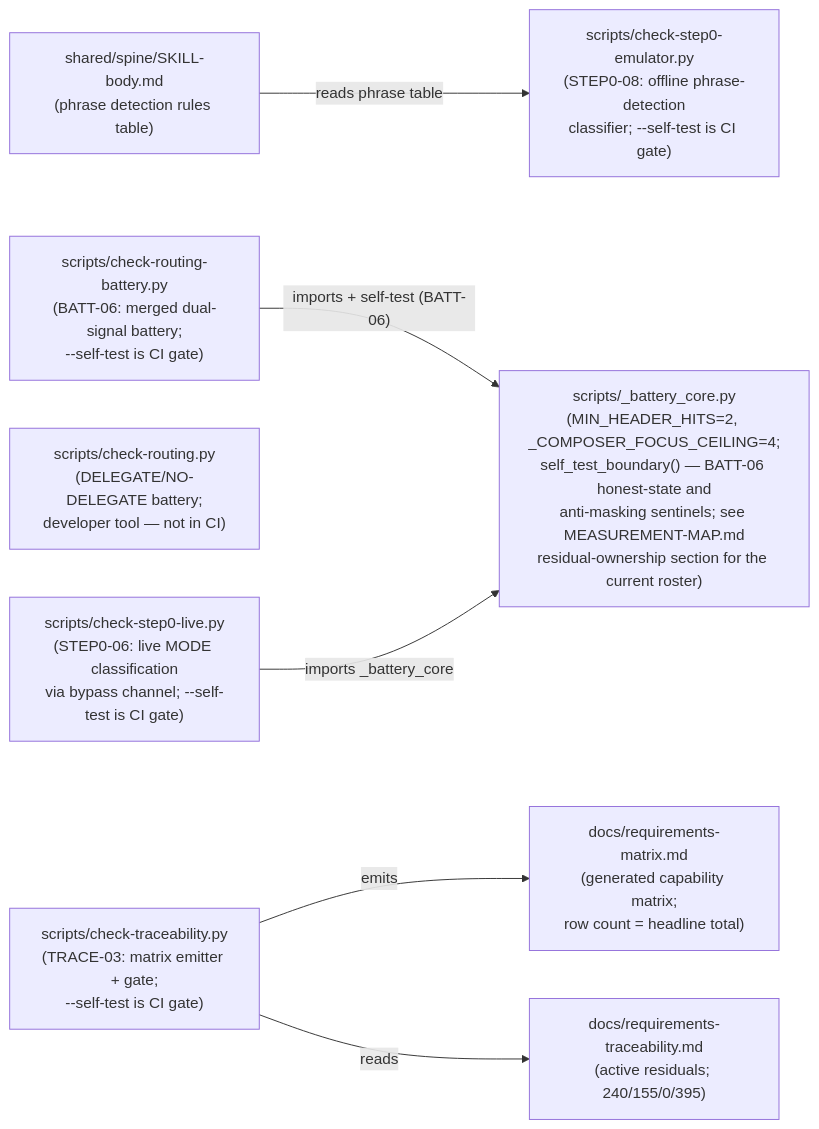
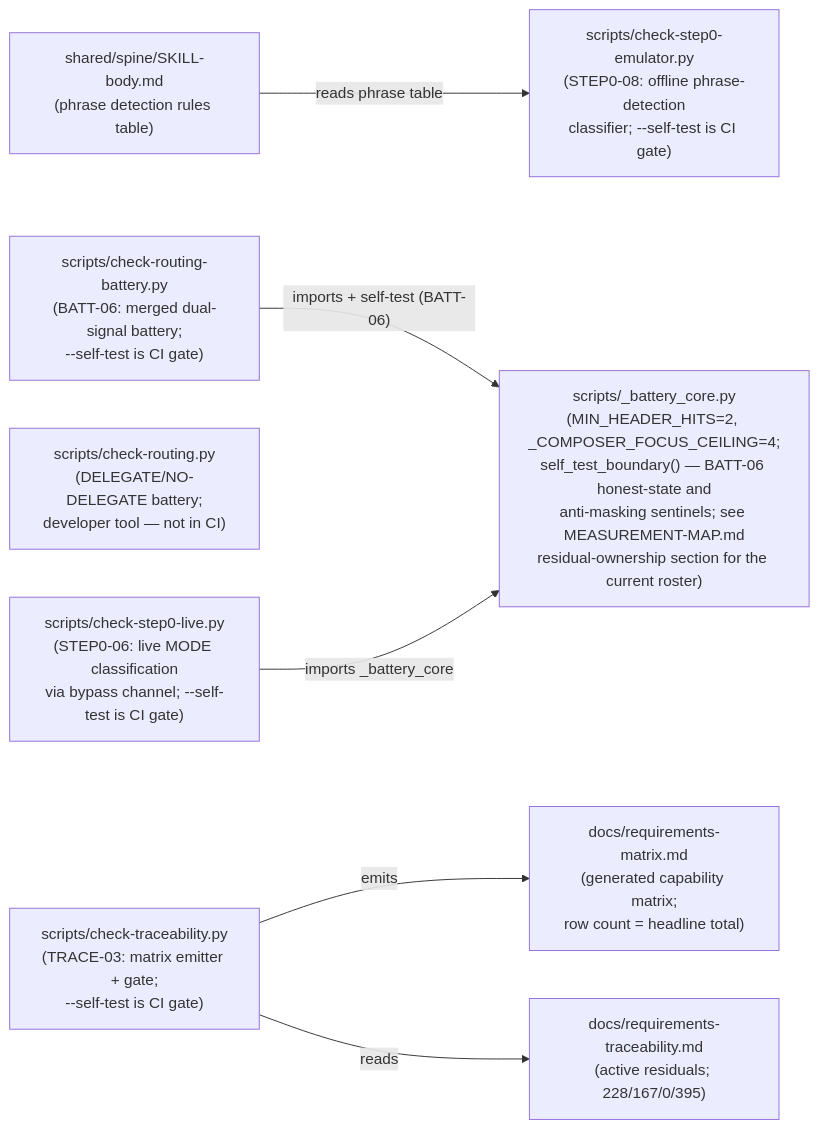
One commit to chrisdavidson/first-principles-skill changed the second of 2 diagrams in docs/COMPONENT-DIAGRAM.md. Above: the diagram before and after it, drawn with Mermaid. The commit also changed 10 other files, not shown here.

````diff
--- a/docs/COMPONENT-DIAGRAM.md
+++ b/docs/COMPONENT-DIAGRAM.md
@@ -84,24 +84,24 @@
 ```mermaid
 flowchart LR
     SKILLBODY["shared/spine/SKILL-body.md\n(phrase detection rules table)"]
 
     CORE["scripts/_battery_core.py\n(MIN_HEADER_HITS=2, _COMPOSER_FOCUS_CEILING=4;\nself_test_boundary() — BATT-06 honest-state and\nanti-masking sentinels; see MEASUREMENT-MAP.md\nresidual-ownership section for the current roster)"]
 
     BATT["scripts/check-routing-battery.py\n(BATT-06: merged dual-signal battery;\n--self-test is CI gate)"]
     ROUTING["scripts/check-routing.py\n(DELEGATE/NO-DELEGATE battery;\ndeveloper tool — not in CI)"]
 
     EMU["scripts/check-step0-emulator.py\n(STEP0-08: offline phrase-detection\nclassifier; --self-test is CI gate)"]
     LIVE["scripts/check-step0-live.py\n(STEP0-06: live MODE classification\nvia bypass channel; --self-test is CI gate)"]
 
     TRACE["scripts/check-traceability.py\n(TRACE-03: matrix emitter + gate;\n--self-test is CI gate)"]
     MATRIX["docs/requirements-matrix.md\n(generated capability matrix;\nrow count = headline total)"]
-    TRACEABILITY["docs/requirements-traceability.md\n(active residuals; 240/155/0/395)"]
+    TRACEABILITY["docs/requirements-traceability.md\n(active residuals; 228/167/0/395)"]
 
     SKILLBODY -->|"reads phrase table"| EMU
 
     BATT -->|"imports + self-test (BATT-06)"| CORE
     LIVE -->|"imports _battery_core"| CORE
 
     TRACE -->|"emits"| MATRIX
     TRACE -->|"reads"| TRACEABILITY
 ```
````
